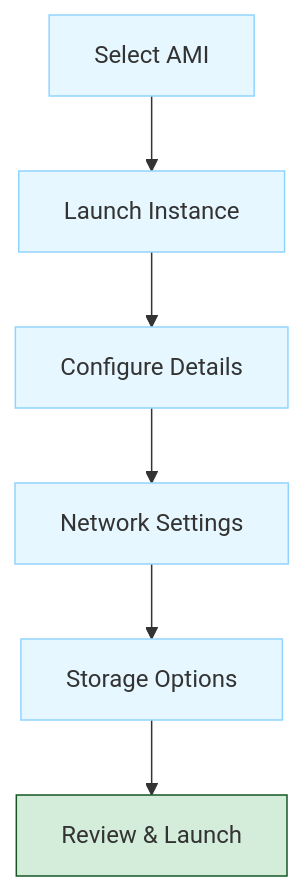
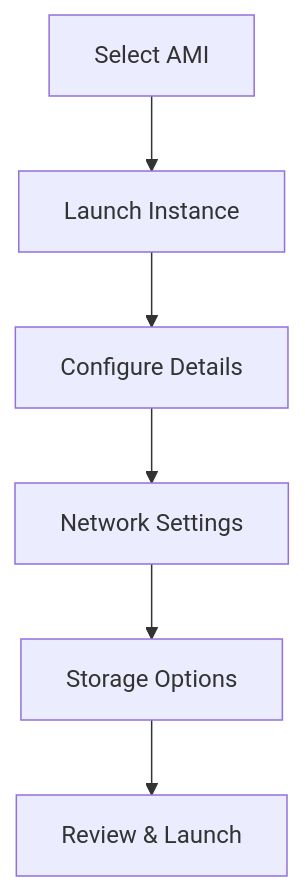
One commit to sujith-eag/sujith-library changed the third of 4 diagrams in docs/dev-cloud/cclab/lab_8.md. Above: the diagram before and after it, drawn with Mermaid. The commit also changed other lines of this file and 41 other files, not shown here.

First line of the commit message:
Refactor diagrams and remove redundant styles in documentation

````diff
--- a/docs/dev-cloud/cclab/lab_8.md
+++ b/docs/dev-cloud/cclab/lab_8.md
@@ -104,14 +90,8 @@
 ```mermaid
 flowchart TD
     AMI[Select AMI] --> Launch[Launch Instance]
     Launch --> Config[Configure Details]
     Config --> Network[Network Settings]
     Network --> Storage[Storage Options]
     Storage --> Review[Review & Launch]
-
-    classDef process fill:#e6f7ff,stroke:#91d5ff
-    classDef success fill:#d4edda,stroke:#155724
-
-    class AMI,Launch,Config,Network,Storage process
-    class Review success
 ```
````
